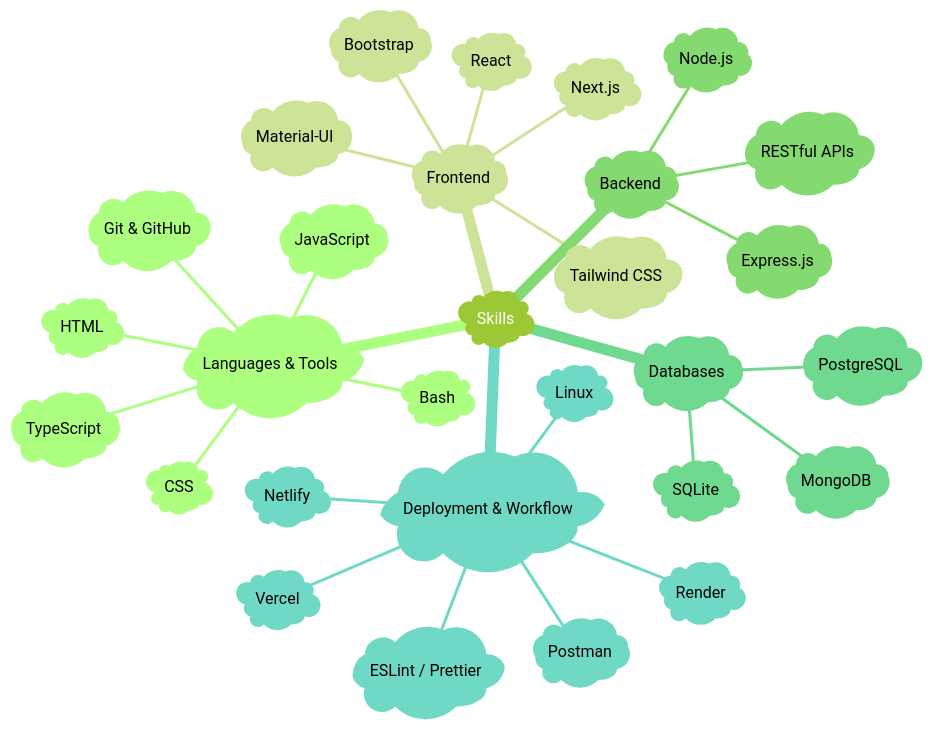
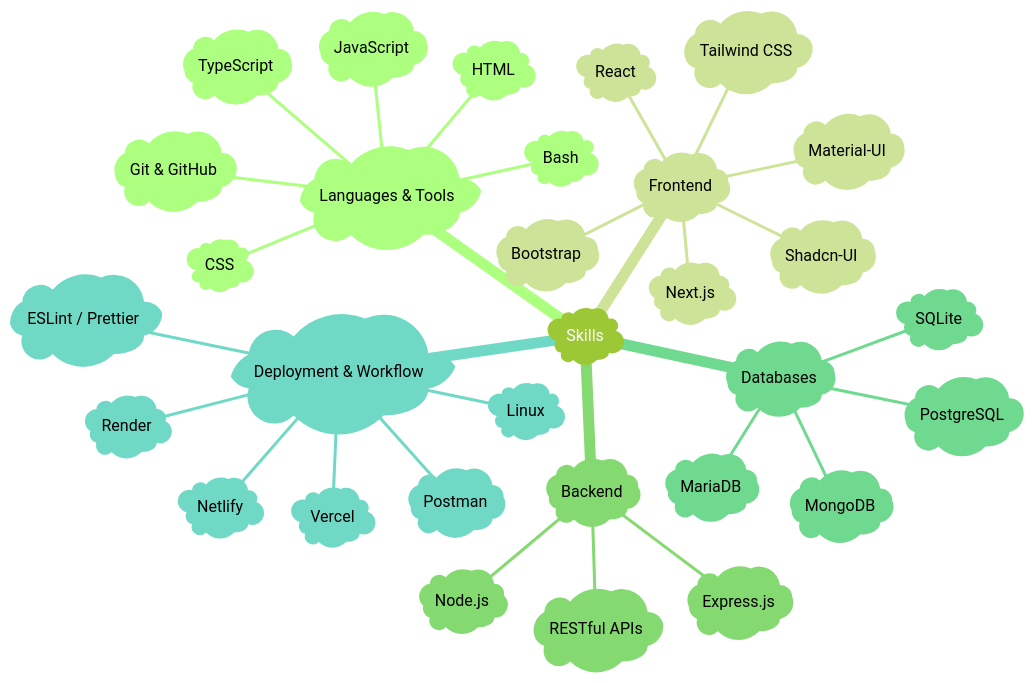
One commit to shantoopaul/shantoopaul changed the diagram in README.md. Above: the diagram before and after it, drawn with Mermaid. The commit also changed other lines of this file, not shown here.

Commit message:
trying out mindmaps

````diff
--- a/README.md
+++ b/README.md
@@ -83,36 +31,38 @@
 ```mermaid
 ---
 config:
   theme: 'forest'
 ---
 mindmap
     root)Skills(
         )Languages & Tools(
             )JavaScript(
             )TypeScript(
             )HTML(
             )CSS(
             )Bash(
             )Git & GitHub(
         )Frontend(
             )React(
             )Next.js(
             )Tailwind CSS(
             )Material-UI(
+            )Shadcn-UI(
             )Bootstrap(
         )Backend(
             )Node.js(
             )Express.js(
             )RESTful APIs(
         )Databases(
             )MongoDB(
             )SQLite(
             )PostgreSQL(
+            )MariaDB(
         )Deployment & Workflow(
             )Vercel(
             )Netlify(
             )Render(
             )Postman(
             )ESLint / Prettier(
             )Linux(
 ```
````
